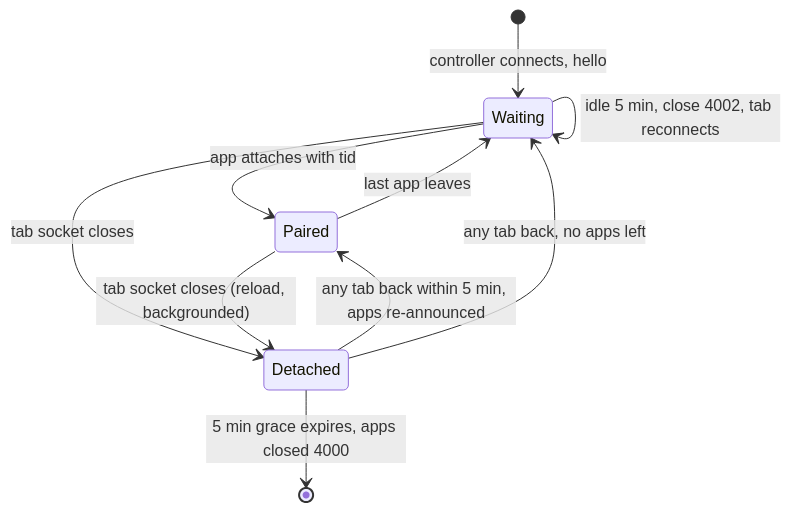
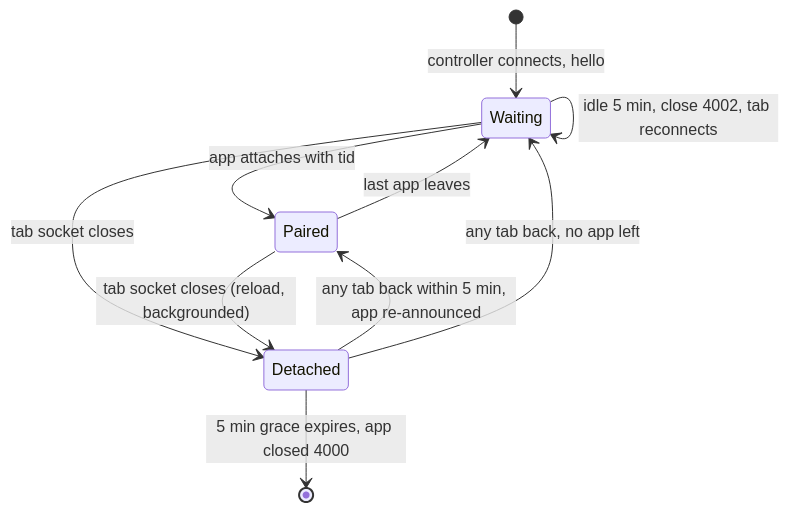
The third of 3 diagrams in docs/developer/use-cases/coyote-pairing.md (lumbar-spine-support/docker-haptic-player), drawn with Mermaid before and after one commit. The commit also changed other lines of this file and 4 other files, not shown here.

````diff
--- a/docs/developer/use-cases/coyote-pairing.md
+++ b/docs/developer/use-cases/coyote-pairing.md
@@ -81,12 +81,12 @@
 ```mermaid
 stateDiagram-v2
   [*] --> Waiting: controller connects, hello
   Waiting --> Paired: app attaches with tid
   Paired --> Waiting: last app leaves
   Waiting --> Waiting: idle 5 min, close 4002, tab reconnects
   Waiting --> Detached: tab socket closes
   Paired --> Detached: tab socket closes (reload, backgrounded)
-  Detached --> Paired: any tab back within 5 min, apps re-announced
-  Detached --> Waiting: any tab back, no apps left
-  Detached --> [*]: 5 min grace expires, apps closed 4000
+  Detached --> Paired: any tab back within 5 min, app re-announced
+  Detached --> Waiting: any tab back, no app left
+  Detached --> [*]: 5 min grace expires, app closed 4000
 ```
````
